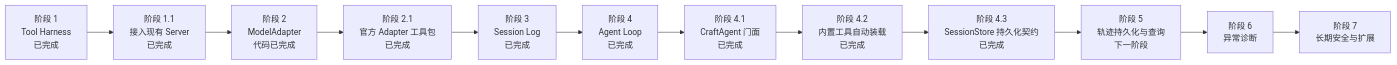
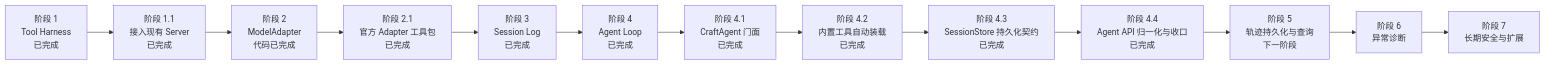
One commit to AlbertE1990/crafteHarness changed the diagram in docs/product/roadmap.md. Above: the diagram before and after it, drawn with Mermaid. The commit also changed other lines of this file and 30 other files, not shown here.

````diff
--- a/docs/product/roadmap.md
+++ b/docs/product/roadmap.md
@@ -16,14 +16,15 @@
 ```mermaid
 flowchart LR
   P1[阶段 1<br/>Tool Harness<br/>已完成] --> P11[阶段 1.1<br/>接入现有 Server<br/>已完成]
   P11 --> P2[阶段 2<br/>ModelAdapter<br/>代码已完成]
   P2 --> P21[阶段 2.1<br/>官方 Adapter 工具包<br/>已完成]
   P21 --> P3[阶段 3<br/>Session Log<br/>已完成]
   P3 --> P4[阶段 4<br/>Agent Loop<br/>已完成]
   P4 --> P41[阶段 4.1<br/>CraftAgent 门面<br/>已完成]
   P41 --> P42[阶段 4.2<br/>内置工具自动装载<br/>已完成]
   P42 --> P43[阶段 4.3<br/>SessionStore 持久化契约<br/>已完成]
-  P43 --> P5[阶段 5<br/>轨迹持久化与查询<br/>下一阶段]
+  P43 --> P44[阶段 4.4<br/>Agent API 归一化与收口<br/>已完成]
+  P44 --> P5[阶段 5<br/>轨迹持久化与查询<br/>下一阶段]
   P5 --> P6[阶段 6<br/>异常诊断]
   P6 --> P7[阶段 7<br/>长期安全与扩展]
 ```
````
